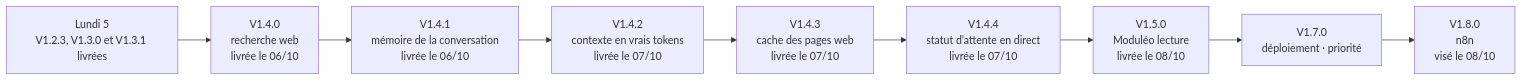
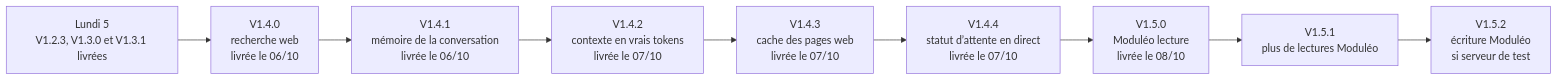
The third of 3 diagrams in README.md (UlyssouLV/BBASS-Agents-IA), drawn with Mermaid before and after one commit. The commit also changed other lines of this file and 4 other files, not shown here.

````diff
--- a/README.md
+++ b/README.md
@@ -162,11 +162,11 @@
 ```mermaid
 flowchart LR
   L05["Lundi 5<br/>V1.2.3, V1.3.0 et V1.3.1 livrées"] --> V140["V1.4.0<br/>recherche web<br/>livrée le 06/10"]
   V140 --> V141["V1.4.1<br/>mémoire de la conversation<br/>livrée le 06/10"]
   V141 --> V142["V1.4.2<br/>contexte en vrais tokens<br/>livrée le 07/10"]
   V142 --> V143["V1.4.3<br/>cache des pages web<br/>livrée le 07/10"]
   V143 --> V144["V1.4.4<br/>statut d’attente en direct<br/>livrée le 07/10"]
   V144 --> V150["V1.5.0<br/>Moduléo lecture<br/>livrée le 08/10"]
-  V150 --> V170["V1.7.0<br/>déploiement · priorité"]
-  V170 --> V180["V1.8.0<br/>n8n<br/>visé le 08/10"]
+  V150 --> V151["V1.5.1<br/>plus de lectures Moduléo"]
+  V151 --> V152["V1.5.2<br/>écriture Moduléo<br/>si serveur de test"]
 ```
````
